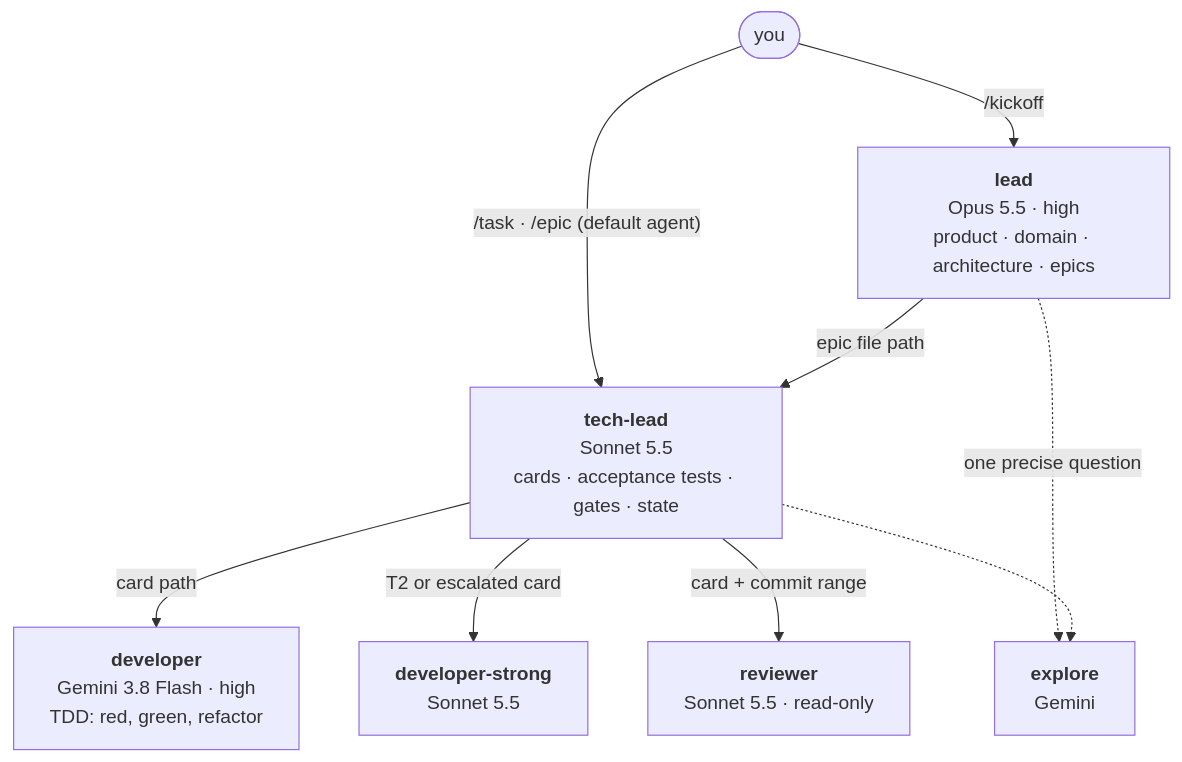
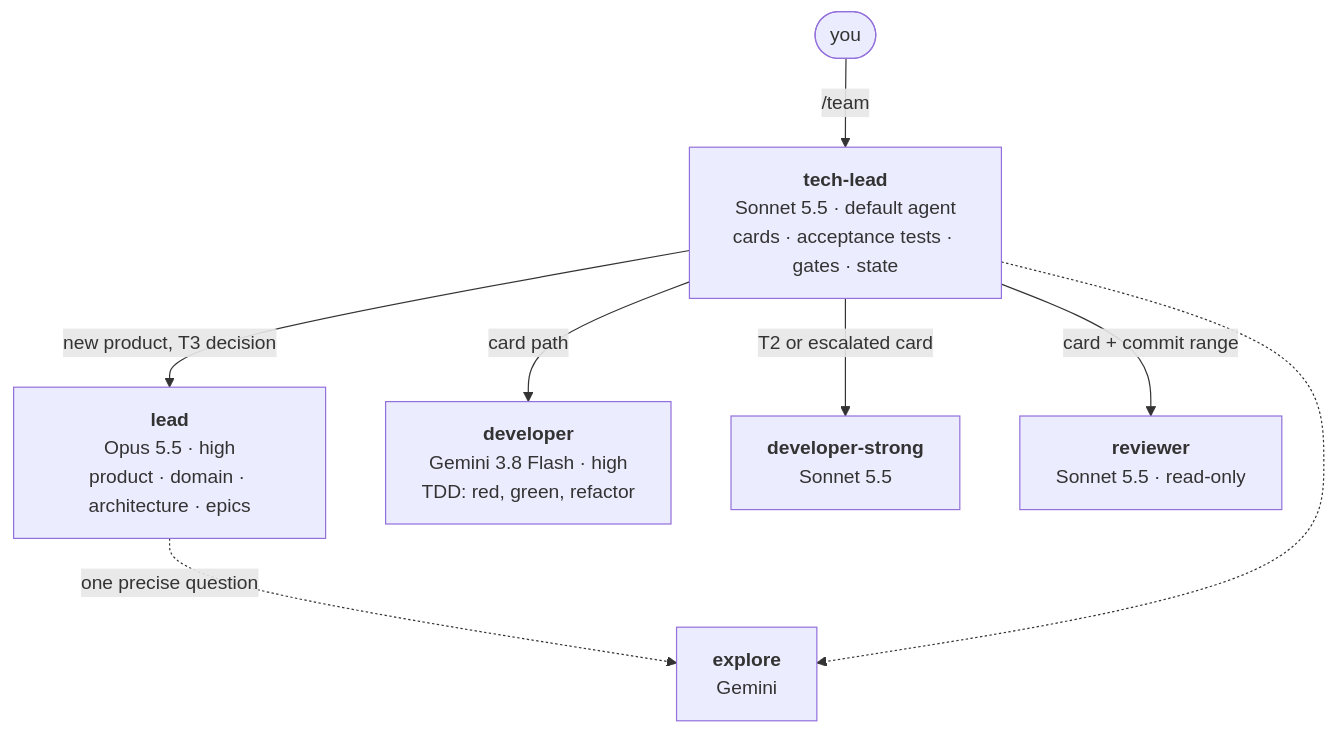
One commit to hdkhosravian/opencode-team changed the first of 2 diagrams in README.md. Above: the diagram before and after it, drawn with Mermaid. The commit also changed other lines of this file and 17 other files, not shown here.

First line of the commit message:
Rewrite the docs to cover /team, models, install, skills and tests

````diff
--- a/README.md
+++ b/README.md
@@ -25,11 +25,10 @@
 ```mermaid
 flowchart TD
-    You([you]) -->|/kickoff| Lead["<b>lead</b><br/>Opus 5.5 · high<br/>product · domain · architecture · epics"]
-    You -->|"/task · /epic (default agent)"| TL
-    Lead -->|epic file path| TL["<b>tech-lead</b><br/>Sonnet 5.5<br/>cards · acceptance tests · gates · state"]
+    You([you]) -->|"/team"| TL["<b>tech-lead</b><br/>Sonnet 5.5 · default agent<br/>cards · acceptance tests · gates · state"]
+    TL -->|"new product, T3 decision"| Lead["<b>lead</b><br/>Opus 5.5 · high<br/>product · domain · architecture · epics"]
     TL -->|card path| Dev["<b>developer</b><br/>Gemini 3.8 Flash · high<br/>TDD: red, green, refactor"]
     TL -->|"T2 or escalated card"| DevS["<b>developer-strong</b><br/>Sonnet 5.5"]
     TL -->|card + commit range| Rev["<b>reviewer</b><br/>Sonnet 5.5 · read-only"]
     Lead -.->|one precise question| Exp["<b>explore</b><br/>Gemini"]
     TL -.-> Exp
 ```
````
